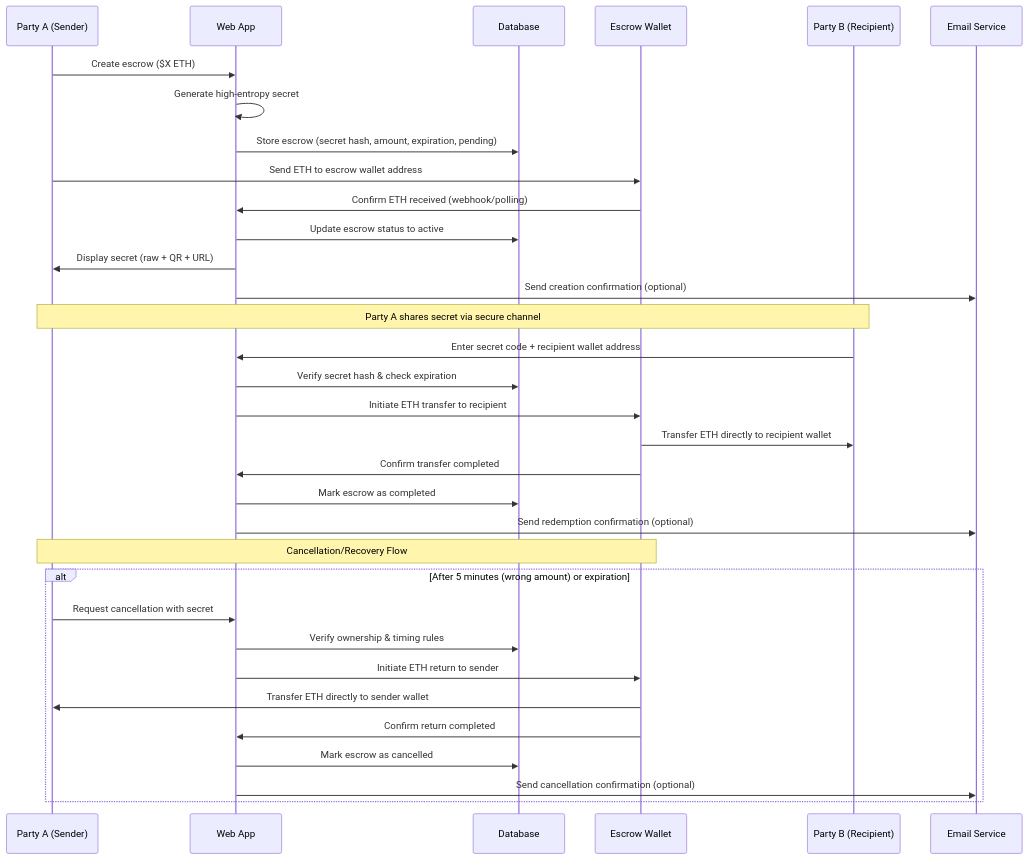
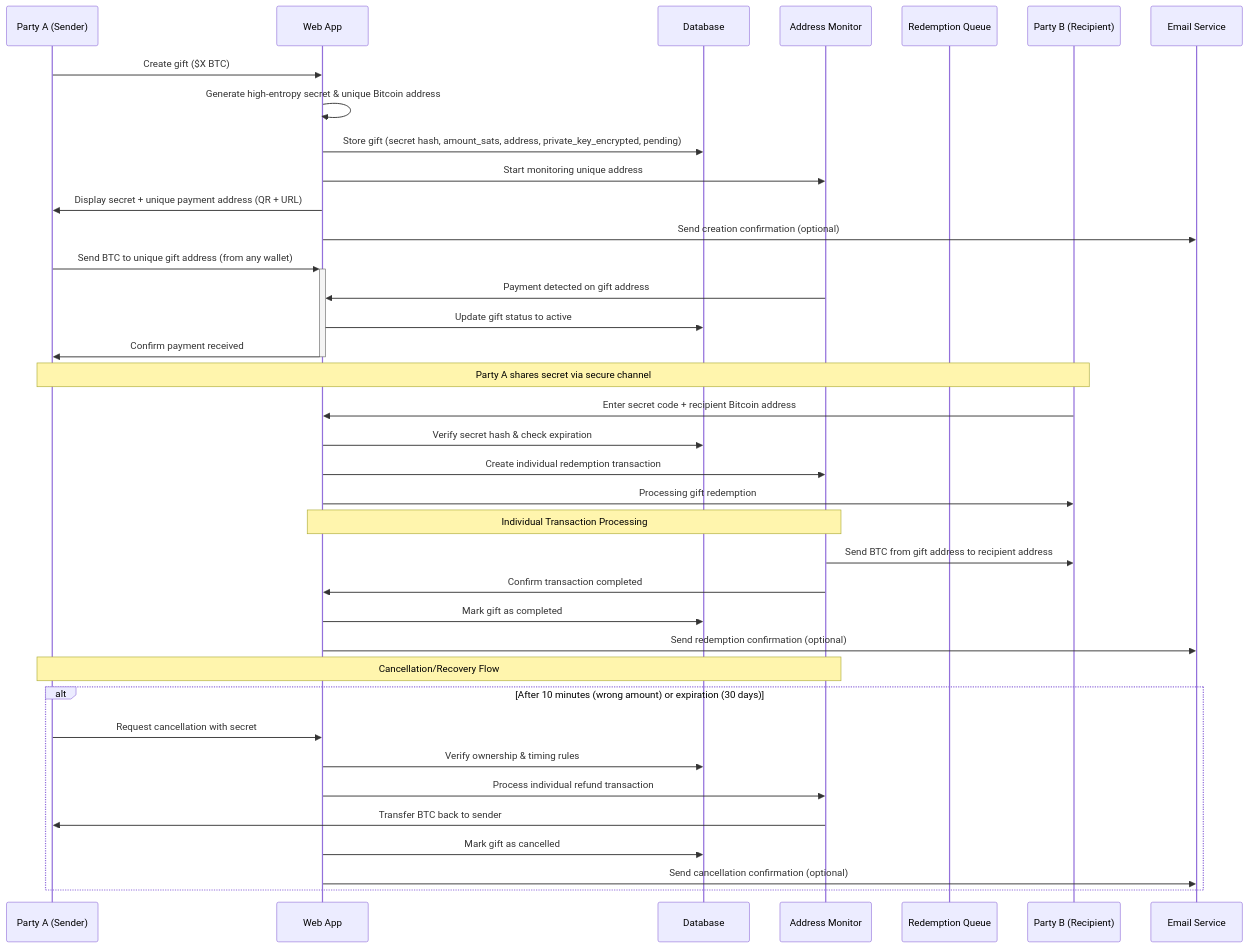
One commit to antonio-ivanovski/coin-gift changed the diagram in README.md. Above: the diagram before and after it, drawn with Mermaid. The commit also changed other lines of this file and 14 other files, not shown here.

Commit message:
home page and create gift page

````diff
--- a/README.md
+++ b/README.md
@@ -17,39 +17,45 @@
 ```mermaid
 sequenceDiagram
     participant A as Party A (Sender)
     participant App as Web App
     participant DB as Database
-    participant Wallet as Escrow Wallet
+    participant Monitor as Address Monitor
+    participant Queue as Redemption Queue
     participant B as Party B (Recipient)
     participant Email as Email Service
 
-    A->>App: Create escrow ($X ETH)
-    App->>App: Generate high-entropy secret
-    App->>DB: Store escrow (secret hash, amount, expiration, pending)
-    A->>Wallet: Send ETH to escrow wallet address
-    Wallet->>App: Confirm ETH received (webhook/polling)
-    App->>DB: Update escrow status to active
-    App->>A: Display secret (raw + QR + URL)
+    A->>App: Create gift ($X BTC)
+    App->>App: Generate high-entropy secret & unique Bitcoin address
+    App->>DB: Store gift (secret hash, amount_sats, address, private_key_encrypted, pending)
+    App->>Monitor: Start monitoring unique address
+    App->>A: Display secret + unique payment address (QR + URL)
     App->>Email: Send creation confirmation (optional)
+    
+    A->>+App: Send BTC to unique gift address (from any wallet)
+    Monitor->>App: Payment detected on gift address
+    App->>DB: Update gift status to active
+    App->>-A: Confirm payment received
     
     Note over A,B: Party A shares secret via secure channel
     
-    B->>App: Enter secret code + recipient wallet address
+    B->>App: Enter secret code + recipient Bitcoin address
     App->>DB: Verify secret hash & check expiration
-    App->>Wallet: Initiate ETH transfer to recipient
-    Wallet->>B: Transfer ETH directly to recipient wallet
-    Wallet->>App: Confirm transfer completed
-    App->>DB: Mark escrow as completed
+    App->>Monitor: Create individual redemption transaction
+    App->>B: Processing gift redemption
+    
+    Note over Monitor,App: Individual Transaction Processing
+    Monitor->>B: Send BTC from gift address to recipient address
+    Monitor->>App: Confirm transaction completed
+    App->>DB: Mark gift as completed
     App->>Email: Send redemption confirmation (optional)
 
-    Note over A,Wallet: Cancellation/Recovery Flow
-    alt After 5 minutes (wrong amount) or expiration
+    Note over A,Monitor: Cancellation/Recovery Flow
+    alt After 10 minutes (wrong amount) or expiration (30 days)
         A->>App: Request cancellation with secret
         App->>DB: Verify ownership & timing rules
-        App->>Wallet: Initiate ETH return to sender
-        Wallet->>A: Transfer ETH directly to sender wallet
-        Wallet->>App: Confirm return completed
-        App->>DB: Mark escrow as cancelled
+        App->>Monitor: Process individual refund transaction
+        Monitor->>A: Transfer BTC back to sender
+        App->>DB: Mark gift as cancelled
         App->>Email: Send cancellation confirmation (optional)
     end
 ```
````
